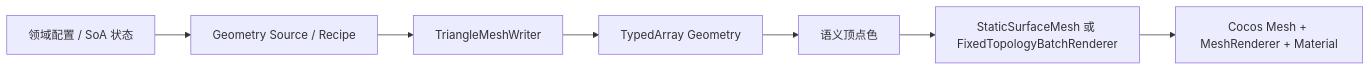
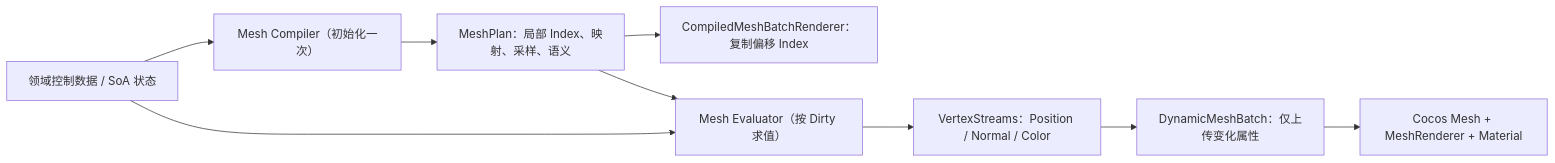
One commit to SLOE-debug/blackzone-extraction changed the diagram in docs/procedural-low-poly-call-trees.md. Above: the diagram before and after it, drawn with Mermaid. The commit also changed other lines of this file and 113 other files, not shown here.

````diff
--- a/docs/procedural-low-poly-call-trees.md
+++ b/docs/procedural-low-poly-call-trees.md
@@ -44,9 +15,11 @@
 ```mermaid
 flowchart LR
-  Domain["领域配置 / SoA 状态"] --> Source["Geometry Source / Recipe"]
-  Source --> Writer["TriangleMeshWriter"]
-  Writer --> Buffer["TypedArray Geometry"]
-  Buffer --> Color["语义顶点色"]
-  Color --> Adapter["StaticSurfaceMesh 或 FixedTopologyBatchRenderer"]
+  Domain["领域控制数据 / SoA 状态"] --> Compiler["Mesh Compiler（初始化一次）"]
+  Compiler --> Plan["MeshPlan：局部 Index、映射、采样、语义"]
+  Plan --> Batch["CompiledMeshBatchRenderer：复制偏移 Index"]
+  Domain --> Evaluator["Mesh Evaluator（按 Dirty 求值）"]
+  Plan --> Evaluator
+  Evaluator --> Streams["VertexStreams：Position / Normal / Color"]
+  Streams --> Adapter["DynamicMeshBatch：仅上传变化属性"]
   Adapter --> Cocos["Cocos Mesh + MeshRenderer + Material"]
 ```
````
